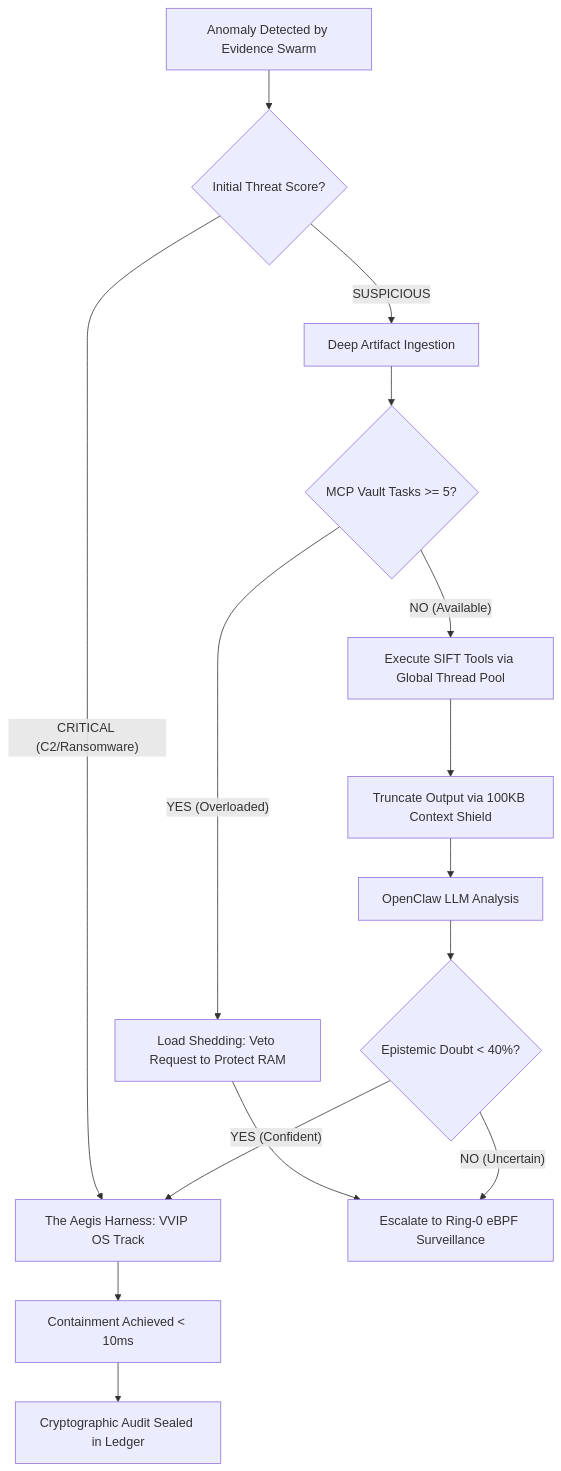
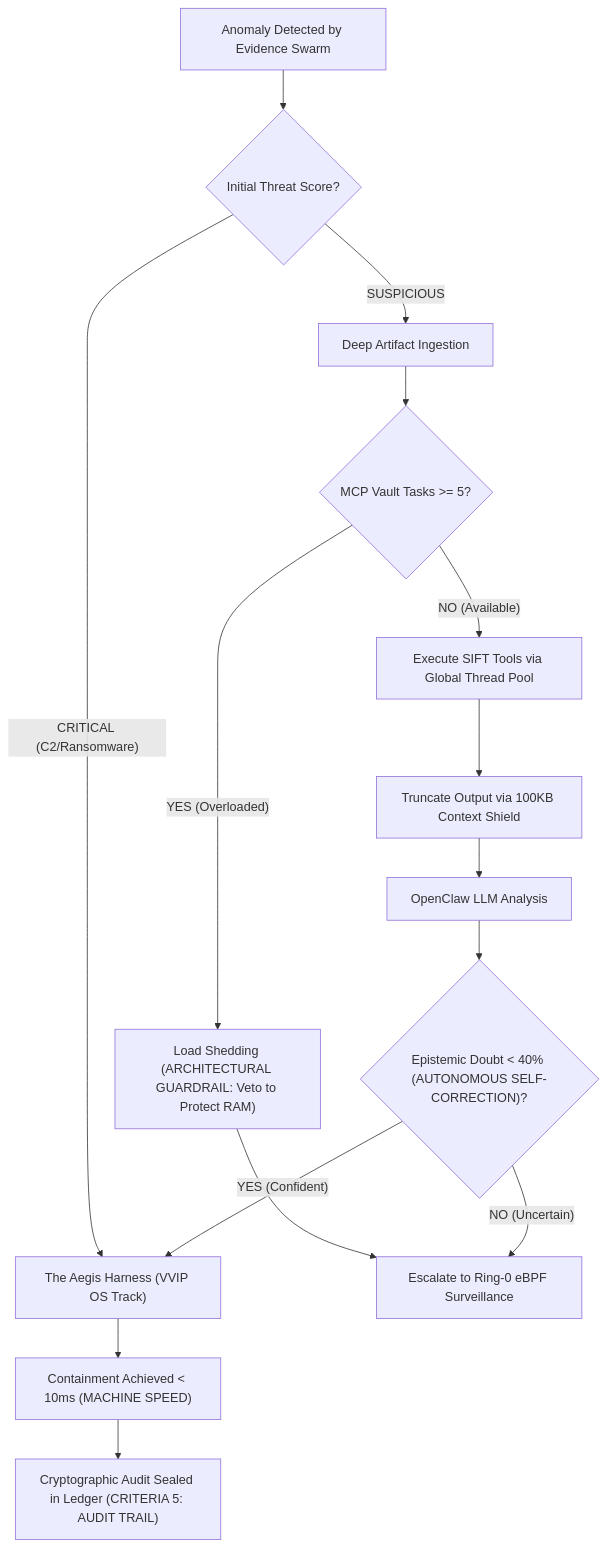
One commit to ArcVielLouvent/yomi-triage-system changed the fourth of 4 diagrams in README.md. Above: the diagram before and after it, drawn with Mermaid. The commit also changed other lines of this file and 1 other file, not shown here.

Commit message:
docs(readme & dataset): Refactor readme mermaid diagram

````diff
--- a/README.md
+++ b/README.md
@@ -390,25 +398,25 @@
 ```mermaid
 flowchart TD;
     A[Anomaly Detected by Evidence Swarm] --> B{Initial Threat Score?}
     
     %% VVIP Containment Route
-    B -- CRITICAL (C2/Ransomware) --> VVIP[The Aegis Harness: VVIP OS Track]
-    VVIP --> D[Containment Achieved < 10ms]
+    B -- CRITICAL (C2/Ransomware) --> VVIP["The Aegis Harness (VVIP OS Track)"]
+    VVIP --> D["Containment Achieved < 10ms (MACHINE SPEED)"]
     
     %% Forensic Analysis Route
     B -- SUSPICIOUS --> C[Deep Artifact Ingestion]
-    C --> E{MCP Vault Tasks >= 5?}
+    C --> E{"MCP Vault Tasks >= 5?"}
     
-    E -- YES (Overloaded) --> G[Load Shedding: Veto Request to Protect RAM]
+    E -- YES (Overloaded) --> G["Load Shedding (ARCHITECTURAL GUARDRAIL: Veto to Protect RAM)"]
     G --> K[Escalate to Ring-0 eBPF Surveillance]
     
     E -- NO (Available) --> F[Execute SIFT Tools via Global Thread Pool]
-    F --> H[Truncate Output via 100KB Context Shield]
+    F --> H["Truncate Output via 100KB Context Shield"]
     H --> I[OpenClaw LLM Analysis]
     
-    I --> J{Epistemic Doubt < 40%?}
+    I --> J{"Epistemic Doubt < 40% (AUTONOMOUS SELF-CORRECTION)?"}
     J -- YES (Confident) --> VVIP
     J -- NO (Uncertain) --> K
     
-    D --> L[Cryptographic Audit Sealed in Ledger]
+    D --> L["Cryptographic Audit Sealed in Ledger (CRITERIA 5: AUDIT TRAIL)"]
 ```
````
